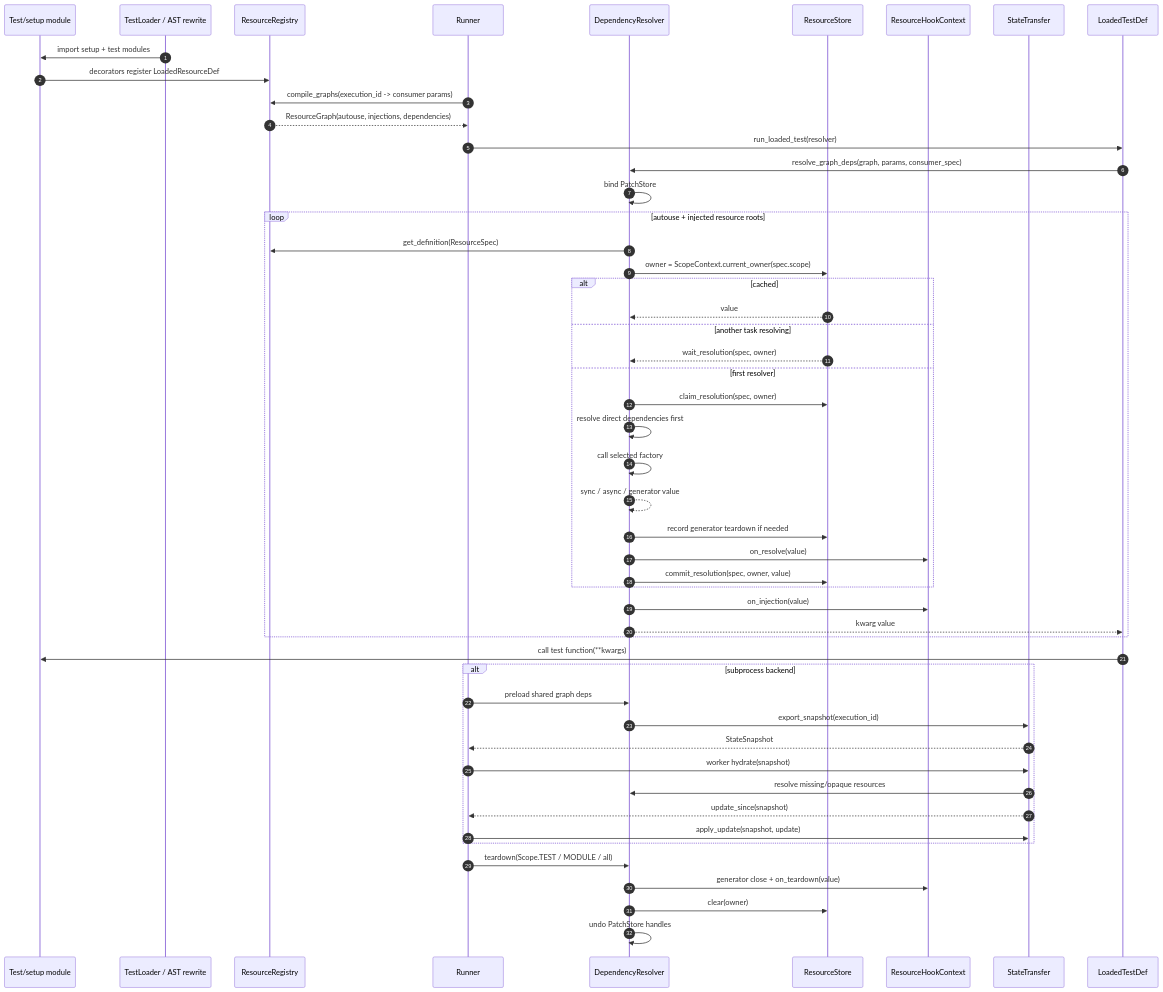
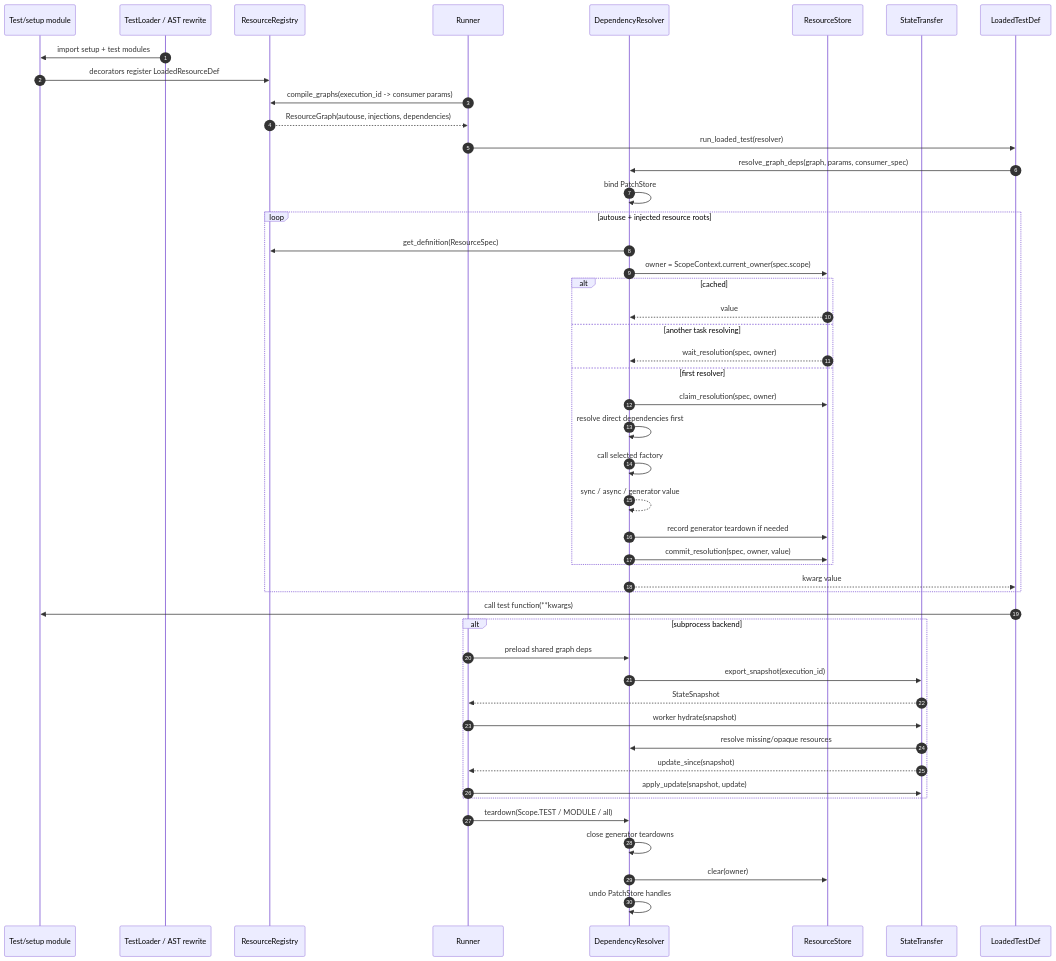
The diagram in src/rue/resources/SPEC.md (nickshirobokov/rue), drawn with Mermaid before and after one commit. The commit also changed other lines of this file and 1 other file, not shown here.

````diff
--- a/src/rue/resources/SPEC.md
+++ b/src/rue/resources/SPEC.md
@@ -13,54 +80,51 @@
 ```mermaid
 sequenceDiagram
     autonumber
     participant User as Test/setup module
     participant Loader as TestLoader / AST rewrite
     participant Registry as ResourceRegistry
     participant Runner as Runner
     participant Resolver as DependencyResolver
     participant Store as ResourceStore
-    participant Hooks as ResourceHookContext
     participant Transfer as StateTransfer
     participant Test as LoadedTestDef
 
     Loader->>User: import setup + test modules
     User->>Registry: decorators register LoadedResourceDef
     Runner->>Registry: compile_graphs(execution_id -> consumer params)
     Registry-->>Runner: ResourceGraph(autouse, injections, dependencies)
     Runner->>Test: run_loaded_test(resolver)
     Test->>Resolver: resolve_graph_deps(graph, params, consumer_spec)
     Resolver->>Resolver: bind PatchStore
     loop autouse + injected resource roots
         Resolver->>Registry: get_definition(ResourceSpec)
         Resolver->>Store: owner = ScopeContext.current_owner(spec.scope)
         alt cached
             Store-->>Resolver: value
         else another task resolving
             Store-->>Resolver: wait_resolution(spec, owner)
         else first resolver
             Resolver->>Store: claim_resolution(spec, owner)
             Resolver->>Resolver: resolve direct dependencies first
             Resolver->>Resolver: call selected factory
             Resolver-->>Resolver: sync / async / generator value
             Resolver->>Store: record generator teardown if needed
-            Resolver->>Hooks: on_resolve(value)
             Resolver->>Store: commit_resolution(spec, owner, value)
         end
-        Resolver->>Hooks: on_injection(value)
         Resolver-->>Test: kwarg value
     end
     Test->>User: call test function(**kwargs)
     alt subprocess backend
         Runner->>Resolver: preload shared graph deps
         Resolver->>Transfer: export_snapshot(execution_id)
         Transfer-->>Runner: StateSnapshot
         Runner->>Transfer: worker hydrate(snapshot)
         Transfer->>Resolver: resolve missing/opaque resources
         Transfer-->>Runner: update_since(snapshot)
         Runner->>Transfer: apply_update(snapshot, update)
     end
     Runner->>Resolver: teardown(Scope.TEST / MODULE / all)
-    Resolver->>Hooks: generator close + on_teardown(value)
+    Resolver->>Resolver: close generator teardowns
     Resolver->>Store: clear(owner)
     Resolver->>Resolver: undo PatchStore handles
 ```
````
